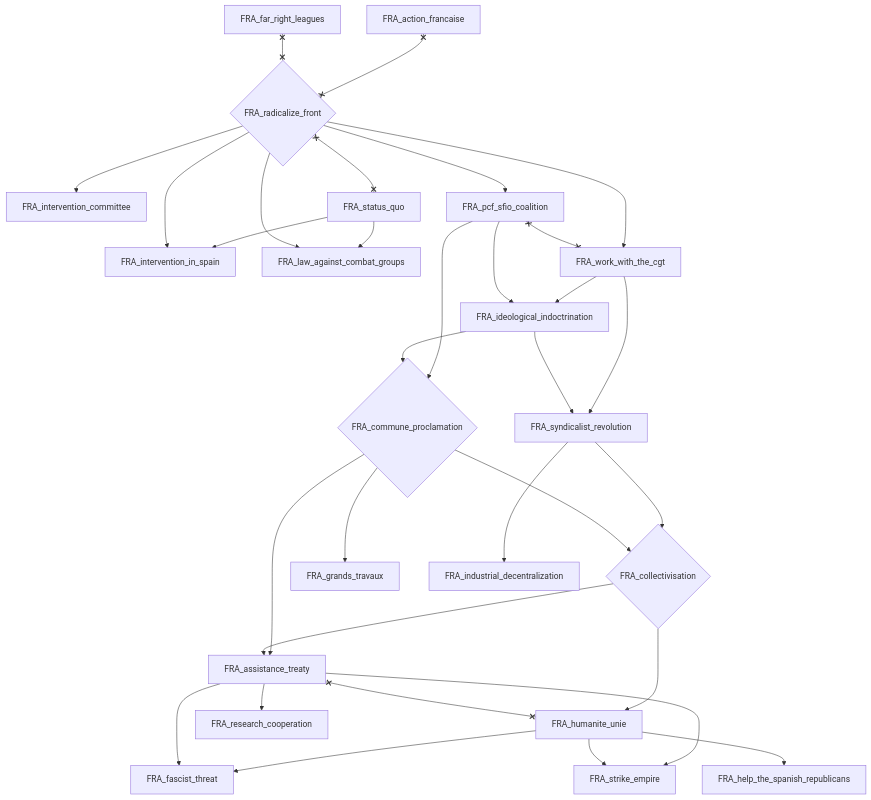
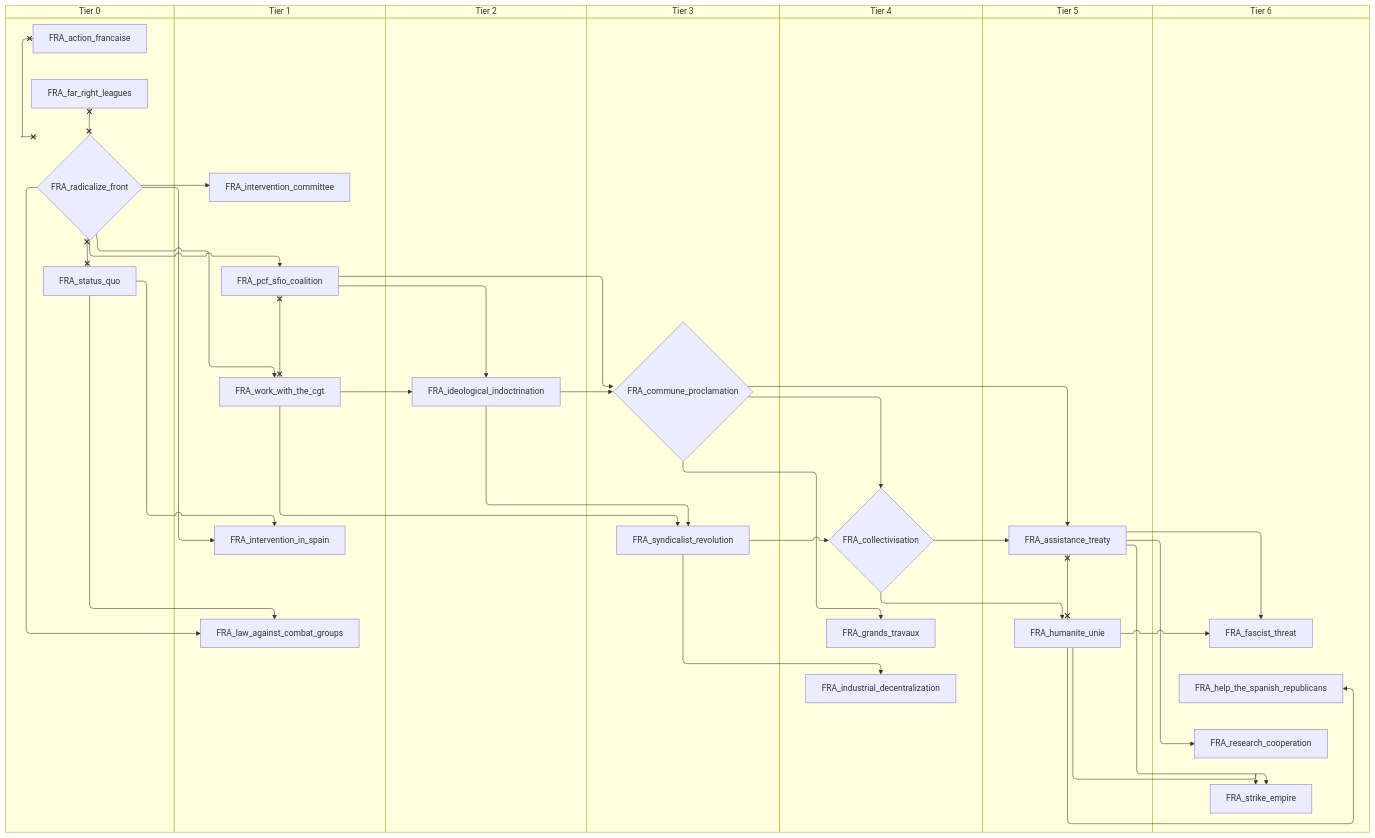
One commit to evgeny-sobol/hoi4-sandbox-mode-r56 changed the tenth of 14 diagrams in docs/gdd/National Focuses/france.md. Above: the diagram before and after it, drawn with Mermaid. The commit also changed other lines of this file and 423 other files, not shown here.

First line of the commit message:
Re-export Rt56 focus trees as swimlane diagrams

````diff
--- a/docs/gdd/National Focuses/france.md
+++ b/docs/gdd/National Focuses/france.md
@@ -626,55 +740,69 @@
 ```mermaid
-flowchart TD
-    n27["FRA_action_francaise"]
-    n180["FRA_assistance_treaty"]
-    n181{"FRA_collectivisation"}
-    n182{"FRA_commune_proclamation"}
-    n55["FRA_far_right_leagues"]
-    n183["FRA_fascist_threat"]
-    n184["FRA_grands_travaux"]
-    n185["FRA_help_the_spanish_republicans"]
-    n186["FRA_humanite_unie"]
-    n187["FRA_ideological_indoctrination"]
-    n188["FRA_industrial_decentralization"]
-    n189["FRA_intervention_committee"]
-    n190["FRA_intervention_in_spain"]
-    n191["FRA_law_against_combat_groups"]
-    n192["FRA_pcf_sfio_coalition"]
-    n75{"FRA_radicalize_front"}
-    n193["FRA_research_cooperation"]
-    n92["FRA_status_quo"]
-    n194["FRA_strike_empire"]
-    n195["FRA_syndicalist_revolution"]
-    n196["FRA_work_with_the_cgt"]
-    n182 --> n180
-    n181 --> n180
-    n195 --> n181
-    n182 --> n181
-    n192 --> n182
-    n187 --> n182
-    n186 --> n183
-    n180 --> n183
-    n182 --> n184
-    n186 --> n185
-    n181 --> n186
-    n196 --> n187
-    n192 --> n187
-    n195 --> n188
-    n75 --> n189
-    n92 --> n190
-    n75 --> n190
-    n92 --> n191
-    n75 --> n191
-    n75 --> n192
-    n180 --> n193
-    n180 --> n194
-    n186 --> n194
-    n196 --> n195
-    n187 --> n195
-    n75 --> n196
-    n27 x--x n75
-    n180 x--x n186
-    n55 x--x n75
-    n192 x--x n196
-    n75 x--x n92
+swimlane-beta TD
+    subgraph tier_0["Tier 0"]
+        n26["FRA_action_francaise"]
+        n29["FRA_far_right_leagues"]
+        n31{"FRA_radicalize_front"}
+        n33["FRA_status_quo"]
+    end
+    subgraph tier_1["Tier 1"]
+        n180["FRA_intervention_committee"]
+        n181["FRA_intervention_in_spain"]
+        n182["FRA_law_against_combat_groups"]
+        n183["FRA_pcf_sfio_coalition"]
+        n184["FRA_work_with_the_cgt"]
+    end
+    subgraph tier_2["Tier 2"]
+        n185["FRA_ideological_indoctrination"]
+    end
+    subgraph tier_3["Tier 3"]
+        n186{"FRA_commune_proclamation"}
+        n187["FRA_syndicalist_revolution"]
+    end
+    subgraph tier_4["Tier 4"]
+        n188{"FRA_collectivisation"}
+        n189["FRA_grands_travaux"]
+        n190["FRA_industrial_decentralization"]
+    end
+    subgraph tier_5["Tier 5"]
+        n191["FRA_assistance_treaty"]
+        n192["FRA_humanite_unie"]
+    end
+    subgraph tier_6["Tier 6"]
+        n193["FRA_fascist_threat"]
+        n194["FRA_help_the_spanish_republicans"]
+        n195["FRA_research_cooperation"]
+        n196["FRA_strike_empire"]
+    end
+    n186 --> n191
+    n188 --> n191
+    n187 --> n188
+    n186 --> n188
+    n183 --> n186
+    n185 --> n186
+    n192 --> n193
+    n191 --> n193
+    n186 --> n189
+    n192 --> n194
+    n188 --> n192
+    n184 --> n185
+    n183 --> n185
+    n187 --> n190
+    n31 --> n180
+    n33 --> n181
+    n31 --> n181
+    n33 --> n182
+    n31 --> n182
+    n31 --> n183
+    n191 --> n195
+    n191 --> n196
+    n192 --> n196
+    n184 --> n187
+    n185 --> n187
+    n31 --> n184
+    n26 x--x n31
+    n191 x--x n192
+    n29 x--x n31
+    n183 x--x n184
+    n31 x--x n33
 ```
````
